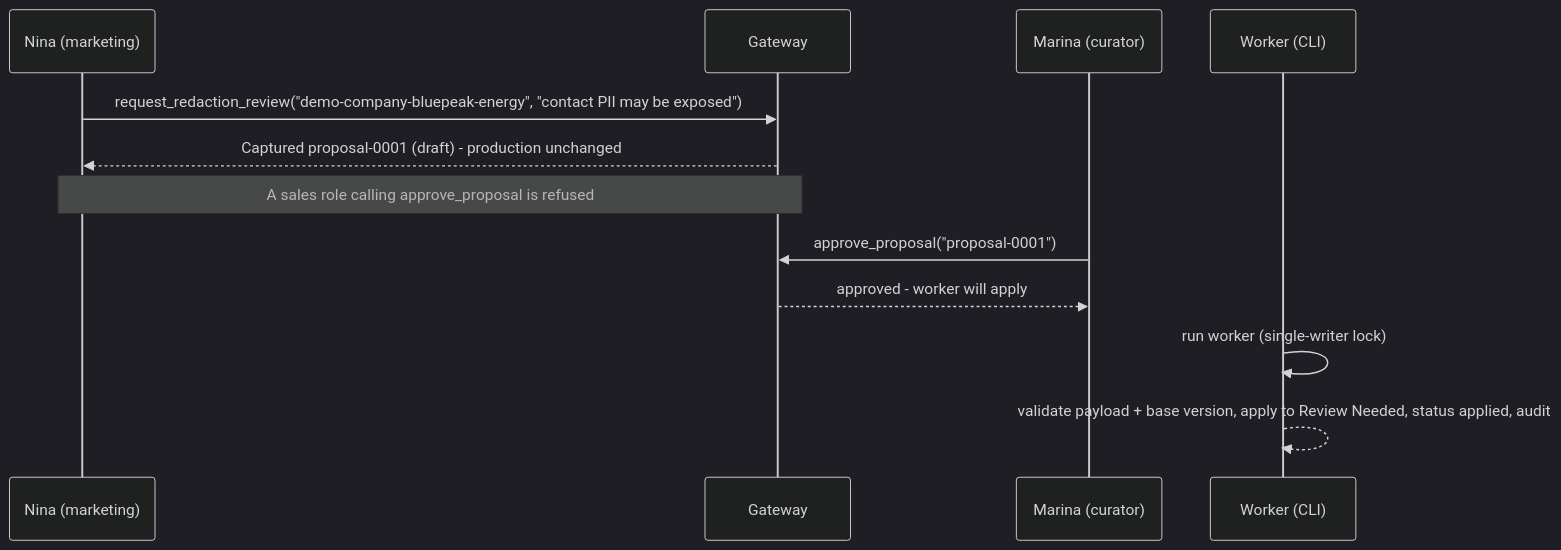
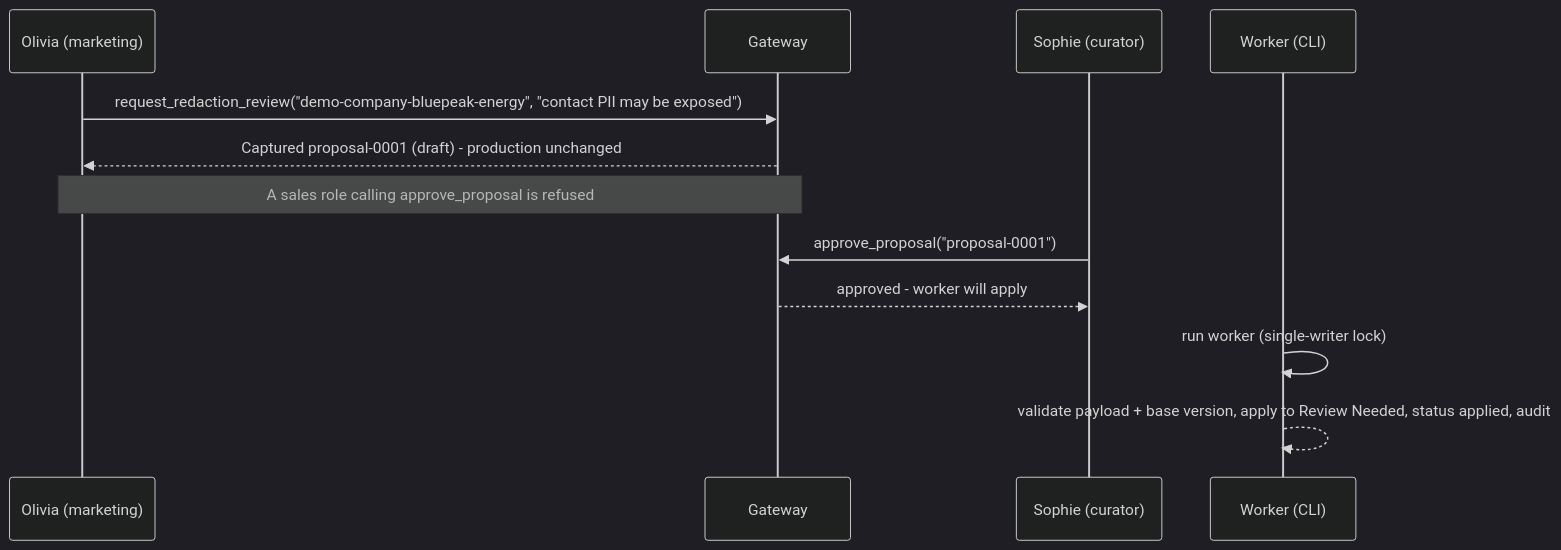
One commit to artemrudenko/SalesWiki-public changed the fifth of 5 diagrams in docs/engineering/permissioned-knowledge-demo.md. Above: the diagram before and after it, drawn with Mermaid (dark theme). The commit also changed other lines of this file and 86 other files, not shown here.

````diff
--- a/docs/engineering/permissioned-knowledge-demo.md
+++ b/docs/engineering/permissioned-knowledge-demo.md
@@ -277,14 +277,14 @@
 ```mermaid
 sequenceDiagram
-    participant N as Nina (marketing)
+    participant N as Olivia (marketing)
     participant G as Gateway
-    participant M as Marina (curator)
+    participant M as Sophie (curator)
     participant W as Worker (CLI)
     N->>G: request_redaction_review("demo-company-bluepeak-energy", "contact PII may be exposed")
     G-->>N: Captured proposal-0001 (draft) - production unchanged
     Note over N,G: A sales role calling approve_proposal is refused
     M->>G: approve_proposal("proposal-0001")
     G-->>M: approved - worker will apply
     W->>W: run worker (single-writer lock)
     W-->>W: validate payload + base version, apply to Review Needed, status applied, audit
 ```
````
